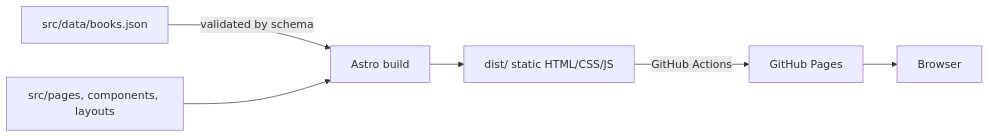
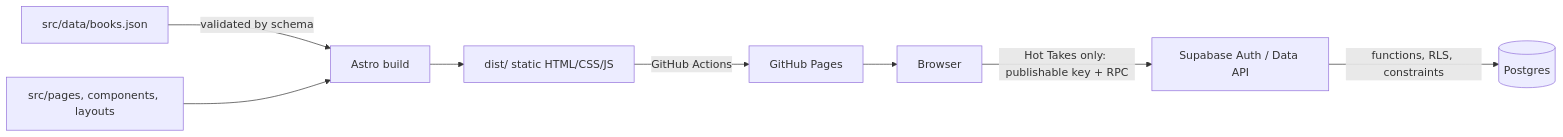
Before and after one commit to patrickebyrne11/tricky-world: the diagram in docs/ARCHITECTURE.md, drawn with Mermaid. The commit also changed other lines of this file and 21 other files, not shown here.

Commit message:
Add hot takes board

````diff
--- a/docs/ARCHITECTURE.md
+++ b/docs/ARCHITECTURE.md
@@ -9,8 +9,10 @@
 ```mermaid
 flowchart LR
   A[src/data/books.json] -->|validated by schema| B[Astro build]
   C[src/pages, components, layouts] --> B
   B --> D[dist/ static HTML/CSS/JS]
   D -->|GitHub Actions| E[GitHub Pages]
   E --> F[Browser]
+  F -->|Hot Takes only: publishable key + RPC| G[Supabase Auth / Data API]
+  G -->|functions, RLS, constraints| H[(Postgres)]
 ```
````
